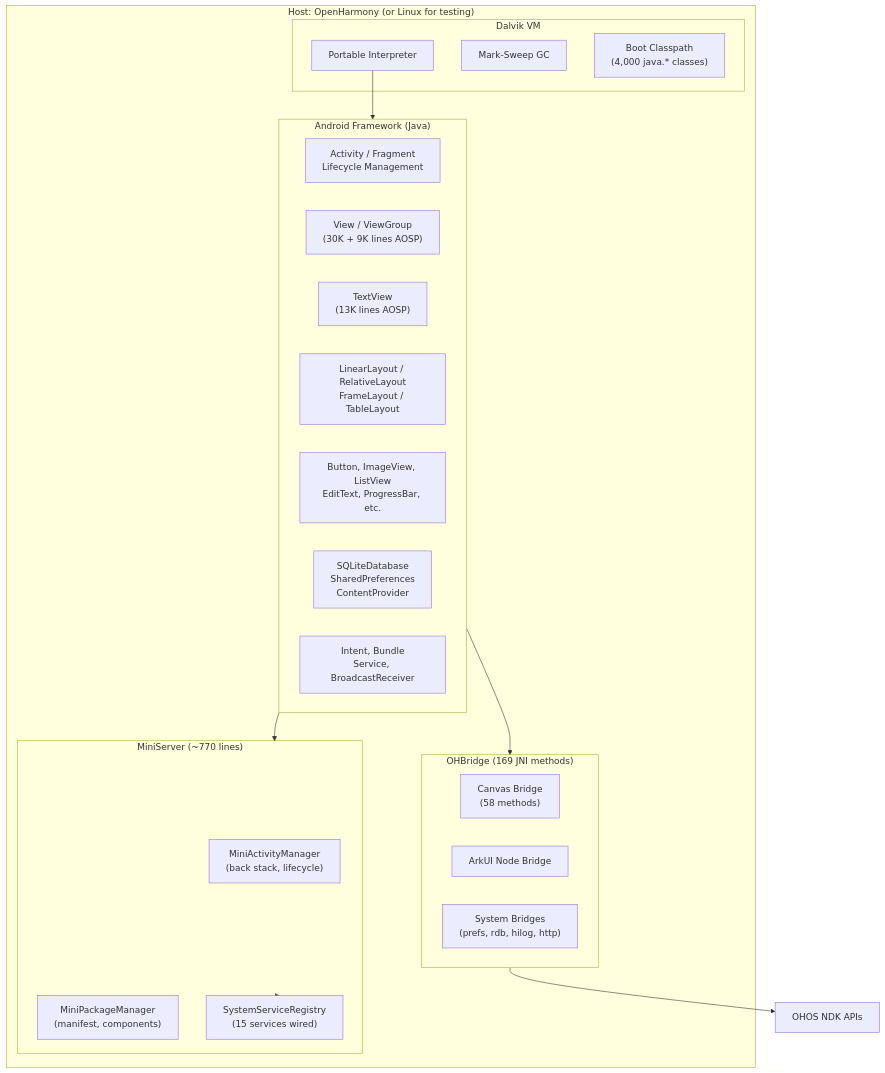
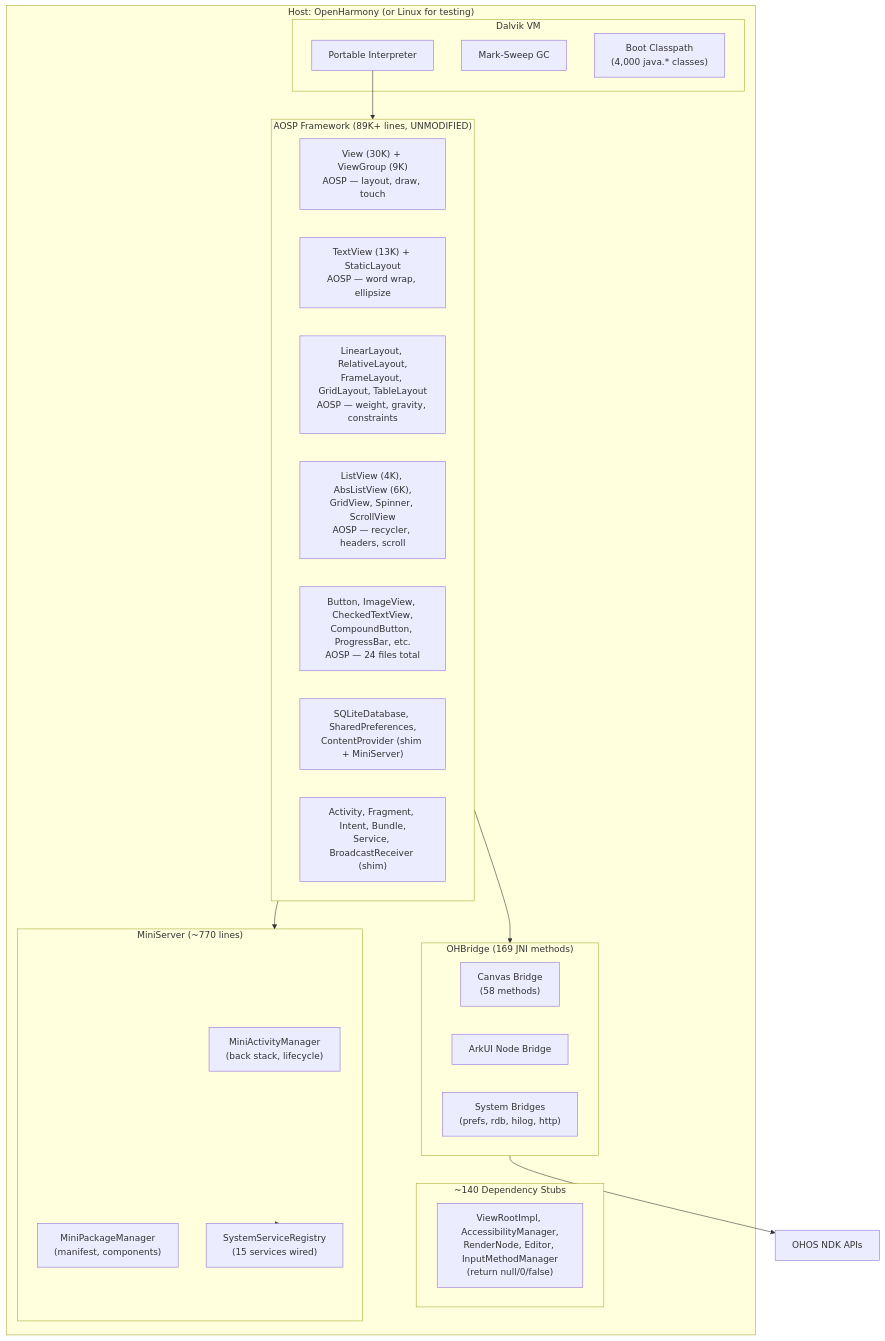
Before and after one commit to A2OH/westlake: the third of 3 diagrams in README.md, drawn with Mermaid. The commit also changed other lines of this file and 1 other file, not shown here.

Commit message:
Update READMEs: link docs/engine/, Option B section, updated test results, AOSP 89K+

````diff
--- a/README.md
+++ b/README.md
@@ -119,38 +149,41 @@
 ```mermaid
 graph TD
     subgraph HOST["Host: OpenHarmony (or Linux for testing)"]
         subgraph VM["Dalvik VM"]
             INTERP["Portable Interpreter"]
             GC["Mark-Sweep GC"]
             BOOT["Boot Classpath<br/>(4,000 java.* classes)"]
         end
 
-        subgraph FRAMEWORK["Android Framework (Java)"]
-            ACTIVITY["Activity / Fragment<br/>Lifecycle Management"]
-            VIEW["View / ViewGroup<br/>(30K + 9K lines AOSP)"]
-            TEXT["TextView<br/>(13K lines AOSP)"]
-            LAYOUT["LinearLayout / RelativeLayout<br/>FrameLayout / TableLayout"]
-            WIDGET["Button, ImageView, ListView<br/>EditText, ProgressBar, etc."]
-            DATA["SQLiteDatabase<br/>SharedPreferences<br/>ContentProvider"]
-            IPC["Intent, Bundle<br/>Service, BroadcastReceiver"]
+        subgraph FRAMEWORK["AOSP Framework (89K+ lines, UNMODIFIED)"]
+            VIEW["View (30K) + ViewGroup (9K)<br/>AOSP — layout, draw, touch"]
+            TEXT["TextView (13K) + StaticLayout<br/>AOSP — word wrap, ellipsize"]
+            LAYOUT["LinearLayout, RelativeLayout,<br/>FrameLayout, GridLayout, TableLayout<br/>AOSP — weight, gravity, constraints"]
+            LIST["ListView (4K), AbsListView (6K),<br/>GridView, Spinner, ScrollView<br/>AOSP — recycler, headers, scroll"]
+            WIDGET["Button, ImageView, CheckedTextView,<br/>CompoundButton, ProgressBar, etc.<br/>AOSP — 24 files total"]
+            DATA["SQLiteDatabase, SharedPreferences,<br/>ContentProvider (shim + MiniServer)"]
+            IPC["Activity, Fragment, Intent, Bundle,<br/>Service, BroadcastReceiver (shim)"]
+        end
+        subgraph STUBS["~140 Dependency Stubs"]
+            S1["ViewRootImpl, AccessibilityManager,<br/>RenderNode, Editor, InputMethodManager<br/>(return null/0/false)"]
         end
 
         subgraph MINI["MiniServer (~770 lines)"]
             MAM["MiniActivityManager<br/>(back stack, lifecycle)"]
             MPM["MiniPackageManager<br/>(manifest, components)"]
             SSR["SystemServiceRegistry<br/>(15 services wired)"]
         end
 
         subgraph OHBRIDGE["OHBridge (169 JNI methods)"]
             DRAW["Canvas Bridge<br/>(58 methods)"]
             NODE["ArkUI Node Bridge"]
             SYS["System Bridges<br/>(prefs, rdb, hilog, http)"]
         end
     end
 
     INTERP --> FRAMEWORK
     FRAMEWORK --> MINI
     FRAMEWORK --> OHBRIDGE
     MINI --> SSR
     OHBRIDGE --> OHOS_API["OHOS NDK APIs"]
 ```
````
